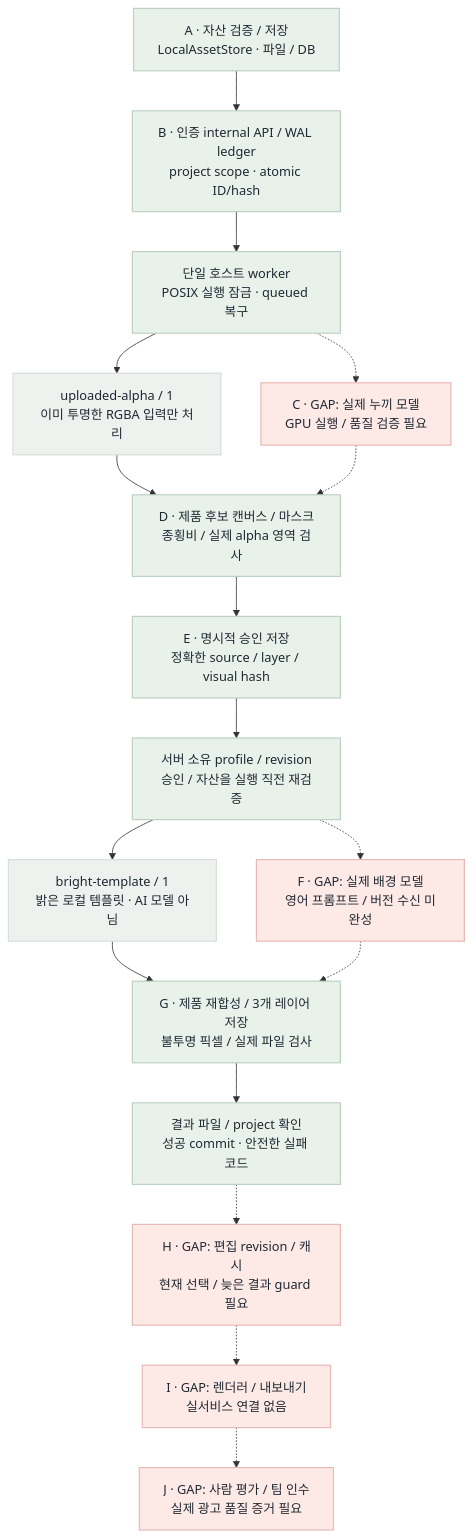
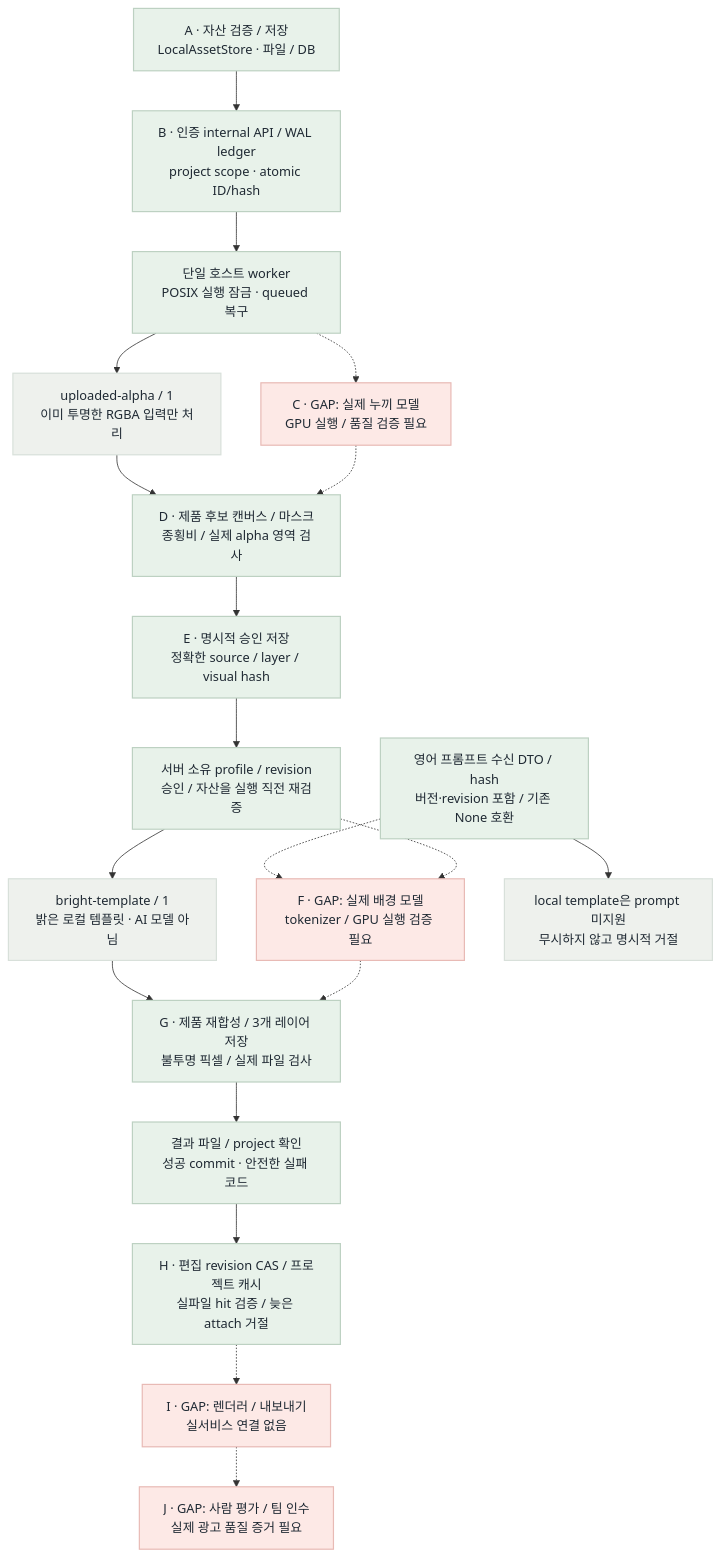
The second of 2 diagrams in fivecircles/architecture/spec/image-runtime-flow.md (uyt5041-lab/beauty-ai-models), drawn with Mermaid before and after one commit. The commit also changed other lines of this file and 26 other files, not shown here.

Commit message:
feat: preserve prompt versions and guard current image edits

````diff
--- a/fivecircles/architecture/spec/image-runtime-flow.md
+++ b/fivecircles/architecture/spec/image-runtime-flow.md
@@ -39,27 +39,31 @@
 ```mermaid
 flowchart TB
     A["A · 자산 검증 / 저장<br/>LocalAssetStore · 파일 / DB"]:::green
     B["B · 인증 internal API / WAL ledger<br/>project scope · atomic ID/hash"]:::green
     W["단일 호스트 worker<br/>POSIX 실행 잠금 · queued 복구"]:::green
     U["uploaded-alpha / 1<br/>이미 투명한 RGBA 입력만 처리"]:::gray
     C["C · GAP: 실제 누끼 모델<br/>GPU 실행 / 품질 검증 필요"]:::red
     D["D · 제품 후보 캔버스 / 마스크<br/>종횡비 / 실제 alpha 영역 검사"]:::green
     E["E · 명시적 승인 저장<br/>정확한 source / layer / visual hash"]:::green
     P["서버 소유 profile / revision<br/>승인 / 자산을 실행 직전 재검증"]:::green
     T["bright-template / 1<br/>밝은 로컬 템플릿 · AI 모델 아님"]:::gray
-    F["F · GAP: 실제 배경 모델<br/>영어 프롬프트 / 버전 수신 미완성"]:::red
+    F["F · GAP: 실제 배경 모델<br/>tokenizer / GPU 실행 검증 필요"]:::red
     G["G · 제품 재합성 / 3개 레이어 저장<br/>불투명 픽셀 / 실제 파일 검사"]:::green
     R["결과 파일 / project 확인<br/>성공 commit · 안전한 실패 코드"]:::green
-    H["H · GAP: 편집 revision / 캐시<br/>현재 선택 / 늦은 결과 guard 필요"]:::red
+    H["H · 편집 revision CAS / 프로젝트 캐시<br/>실파일 hit 검증 / 늦은 attach 거절"]:::green
     I["I · GAP: 렌더러 / 내보내기<br/>실서비스 연결 없음"]:::red
     J["J · GAP: 사람 평가 / 팀 인수<br/>실제 광고 품질 증거 필요"]:::red
+    Q["영어 프롬프트 수신 DTO / hash<br/>버전·revision 포함 / 기존 None 호환"]:::green
+    X["local template은 prompt 미지원<br/>무시하지 않고 명시적 거절"]:::gray
+    Q --> X
+    Q -.-> F
     A --> B --> W --> U --> D --> E --> P --> T --> G --> R
     W -.-> C -.-> D
     P -.-> F -.-> G
-    R -.-> H -.-> I -.-> J
+    R --> H -.-> I -.-> J
 classDef green fill:#e8f2ea,stroke:#bdd1c2,color:#1f2933,stroke-width:1.5px
 classDef blue fill:#e8f0f7,stroke:#c2d3e0,color:#1f2933,stroke-width:1.5px
 classDef amber fill:#fff4dc,stroke:#e7c88f,color:#1f2933,stroke-width:1.5px
 classDef red fill:#fde9e6,stroke:#e8bab5,color:#1f2933,stroke-width:1.5px
 classDef gray fill:#eef1ed,stroke:#d8e0da,color:#1f2933,stroke-width:1.5px
 ```
````
